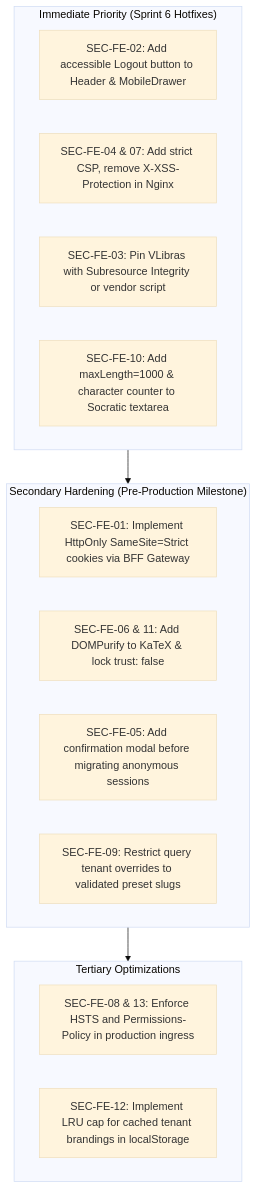
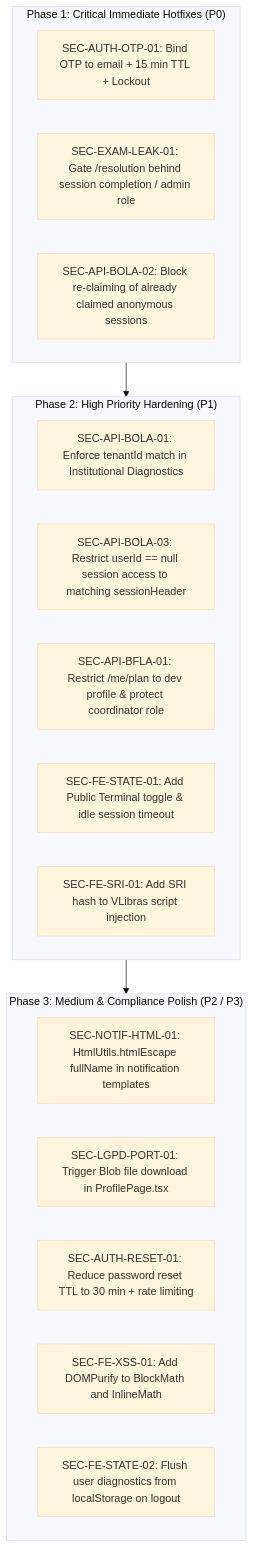
The fourth of 4 diagrams in docs/audit/jam2-stage1-client-threat-model.md (Veras-D/AprovaENEM), drawn with Mermaid (base theme) before and after one commit. The commit also changed other lines of this file and 2 other files, not shown here.

````diff
--- a/docs/audit/jam2-stage1-client-threat-model.md
+++ b/docs/audit/jam2-stage1-client-threat-model.md
@@ -454,23 +572,26 @@
 ```mermaid
 flowchart TD
-    subgraph SprintA ["Immediate Priority (Sprint 6 Hotfixes)"]
-        A1["SEC-FE-02: Add accessible Logout button to Header & MobileDrawer"]
-        A2["SEC-FE-04 & 07: Add strict CSP, remove X-XSS-Protection in Nginx"]
-        A3["SEC-FE-03: Pin VLibras with Subresource Integrity or vendor script"]
-        A4["SEC-FE-10: Add maxLength=1000 & character counter to Socratic textarea"]
+    subgraph SprintHotfix ["Phase 1: Critical Immediate Hotfixes (P0)"]
+        H1["SEC-AUTH-OTP-01: Bind OTP to email + 15 min TTL + Lockout"]
+        H2["SEC-EXAM-LEAK-01: Gate /resolution behind session completion / admin role"]
+        H3["SEC-API-BOLA-02: Block re-claiming of already claimed anonymous sessions"]
     end
 
-    subgraph SprintB ["Secondary Hardening (Pre-Production Milestone)"]
-        B1["SEC-FE-01: Implement HttpOnly SameSite=Strict cookies via BFF Gateway"]
-        B2["SEC-FE-06 & 11: Add DOMPurify to KaTeX & lock trust: false"]
-        B3["SEC-FE-05: Add confirmation modal before migrating anonymous sessions"]
-        B4["SEC-FE-09: Restrict query tenant overrides to validated preset slugs"]
+    subgraph SprintHardening ["Phase 2: High Priority Hardening (P1)"]
+        P1["SEC-API-BOLA-01: Enforce tenantId match in Institutional Diagnostics"]
+        P2["SEC-API-BOLA-03: Restrict userId == null session access to matching sessionHeader"]
+        P3["SEC-API-BFLA-01: Restrict /me/plan to dev profile & protect coordinator role"]
+        P4["SEC-FE-STATE-01: Add Public Terminal toggle & idle session timeout"]
+        P5["SEC-FE-SRI-01: Add SRI hash to VLibras script injection"]
     end
 
-    subgraph SprintC ["Tertiary Optimizations"]
-        C1["SEC-FE-08 & 13: Enforce HSTS and Permissions-Policy in production ingress"]
-        C2["SEC-FE-12: Implement LRU cap for cached tenant brandings in localStorage"]
+    subgraph SprintCompliance ["Phase 3: Medium & Compliance Polish (P2 / P3)"]
+        C1["SEC-NOTIF-HTML-01: HtmlUtils.htmlEscape fullName in notification templates"]
+        C2["SEC-LGPD-PORT-01: Trigger Blob file download in ProfilePage.tsx"]
+        C3["SEC-AUTH-RESET-01: Reduce password reset TTL to 30 min + rate limiting"]
+        C4["SEC-FE-XSS-01: Add DOMPurify to BlockMath and InlineMath"]
+        C5["SEC-FE-STATE-02: Flush user diagnostics from localStorage on logout"]
     end
 
-    SprintA --> SprintB --> SprintC
+    SprintHotfix --> SprintHardening --> SprintCompliance
 ```
````
